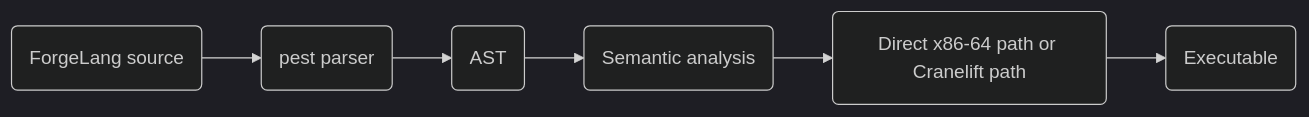
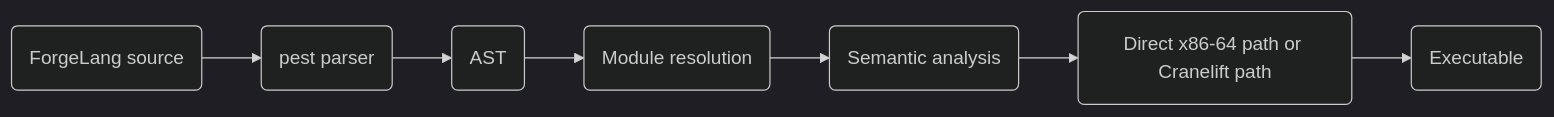
Before and after one commit to AeroForger/ForgeLang: the second of 2 diagrams in README.md, drawn with Mermaid (dark theme). The commit also changed other lines of this file and 47 other files, not shown here.

````diff
--- a/README.md
+++ b/README.md
@@ -282,8 +288,9 @@
 ```mermaid
 flowchart LR
     A(ForgeLang source) --> B(pest parser)
     B --> C(AST)
-    C --> D(Semantic analysis)
-    D --> E(Direct x86-64 path or Cranelift path)
-    E --> F(Executable)
+    C --> D(Module resolution)
+    D --> E(Semantic analysis)
+    E --> F(Direct x86-64 path or Cranelift path)
+    F --> G(Executable)
 ```
````
